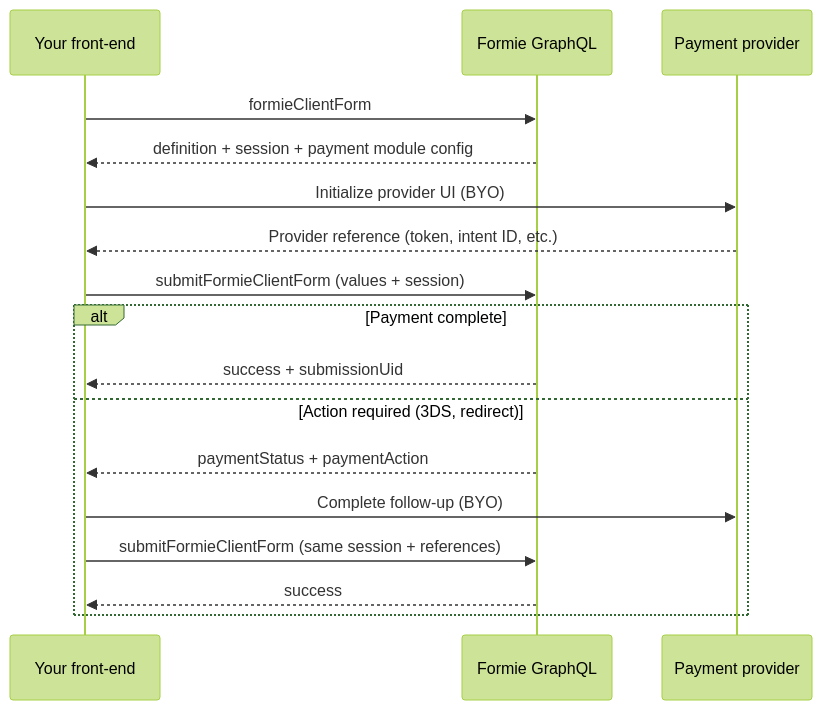
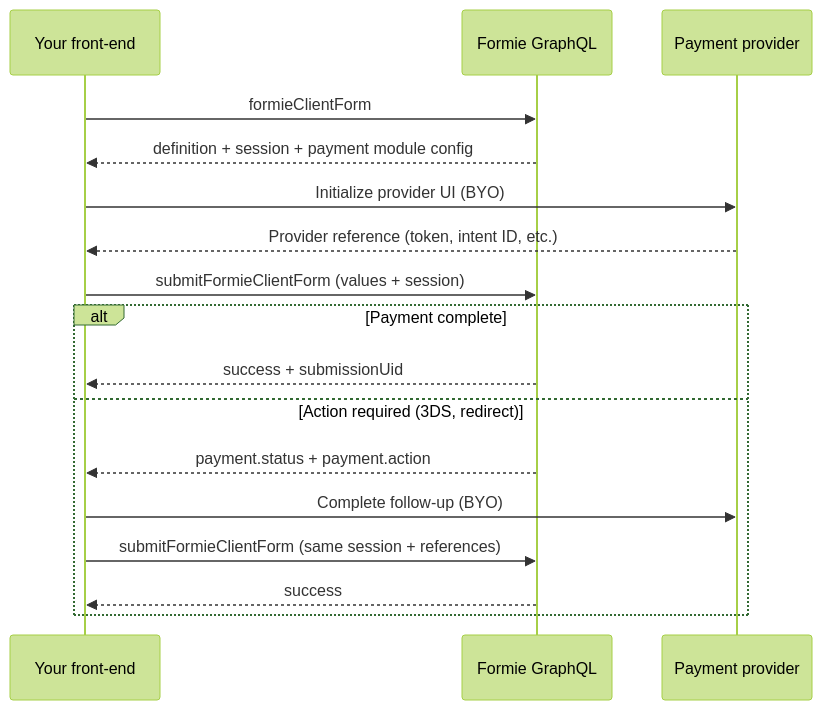
Before and after one commit to verbb/formie: the diagram in docs/graphql/headless-payments.md, drawn with Mermaid (forest theme). The commit also changed other lines of this file and 55 other files, not shown here.

````diff
--- a/docs/graphql/headless-payments.md
+++ b/docs/graphql/headless-payments.md
@@ -16,20 +16,20 @@
 ```mermaid
 sequenceDiagram
     participant App as Your front-end
     participant GQL as Formie GraphQL
     participant Provider as Payment provider
 
     App->>GQL: formieClientForm
     GQL-->>App: definition + session + payment module config
     App->>Provider: Initialize provider UI (BYO)
     Provider-->>App: Provider reference (token, intent ID, etc.)
     App->>GQL: submitFormieClientForm (values + session)
     alt Payment complete
         GQL-->>App: success + submissionUid
     else Action required (3DS, redirect)
-        GQL-->>App: paymentStatus + paymentAction
+        GQL-->>App: payment.status + payment.action
         App->>Provider: Complete follow-up (BYO)
         App->>GQL: submitFormieClientForm (same session + references)
         GQL-->>App: success
     end
 ```
````
